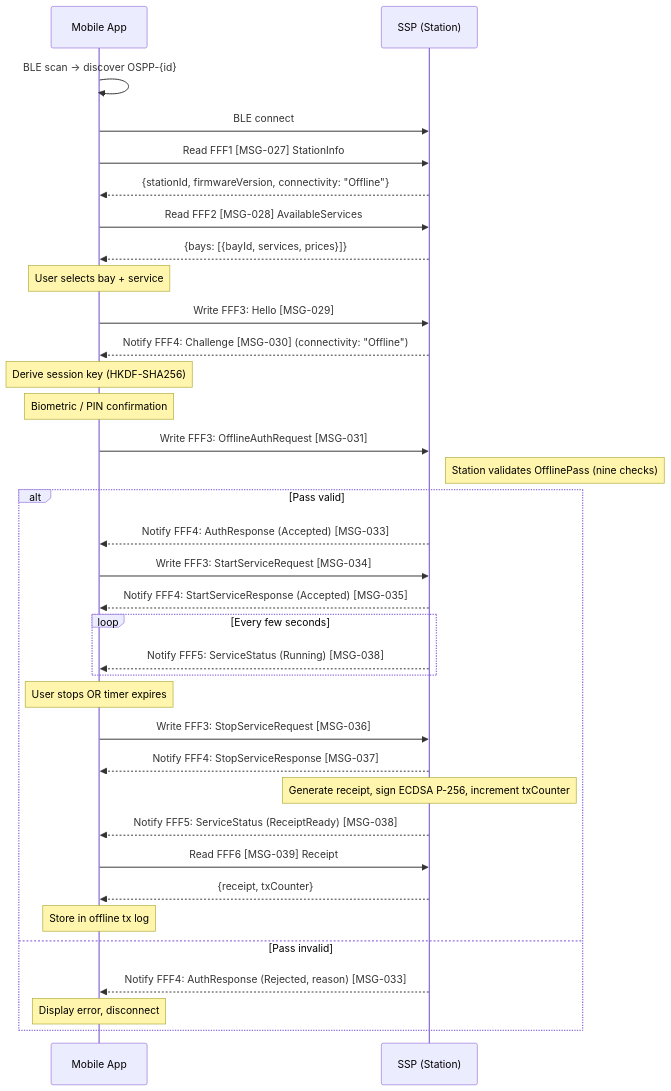
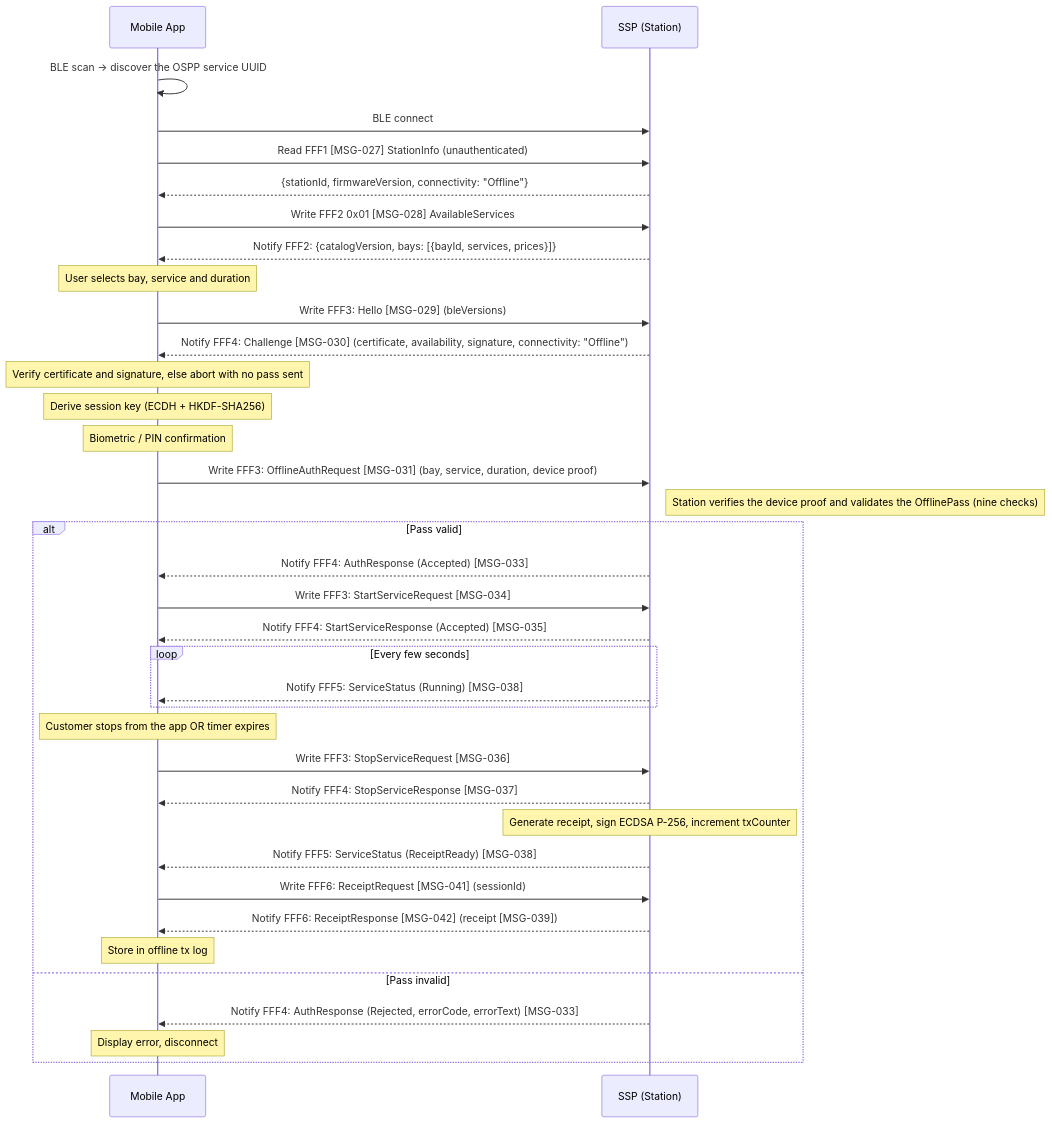
One commit to ospp-org/spec changed the fifth of 19 diagrams in spec/04-flows.md. Above: the diagram before and after it, drawn with Mermaid. The commit also changed other lines of this file and 183 other files, not shown here.

````diff
--- a/spec/04-flows.md
+++ b/spec/04-flows.md
@@ -737,50 +725,51 @@
 ```mermaid
 sequenceDiagram
     participant App as Mobile App
     participant SSP as SSP (Station)
 
-    App->>App: BLE scan → discover OSPP-{id}
+    App->>App: BLE scan → discover the OSPP service UUID
     App->>SSP: BLE connect
 
-    App->>SSP: Read FFF1 [MSG-027] StationInfo
+    App->>SSP: Read FFF1 [MSG-027] StationInfo (unauthenticated)
     SSP-->>App: {stationId, firmwareVersion, connectivity: "Offline"}
-    App->>SSP: Read FFF2 [MSG-028] AvailableServices
-    SSP-->>App: {bays: [{bayId, services, prices}]}
+    App->>SSP: Write FFF2 0x01 [MSG-028] AvailableServices
+    SSP-->>App: Notify FFF2: {catalogVersion, bays: [{bayId, services, prices}]}
 
-    Note over App: User selects bay + service
+    Note over App: User selects bay, service and duration
 
-    App->>SSP: Write FFF3: Hello [MSG-029]
-    SSP-->>App: Notify FFF4: Challenge [MSG-030] (connectivity: "Offline")
+    App->>SSP: Write FFF3: Hello [MSG-029] (bleVersions)
+    SSP-->>App: Notify FFF4: Challenge [MSG-030] (certificate, availability, signature, connectivity: "Offline")
 
-    Note over App: Derive session key (HKDF-SHA256)
+    Note over App: Verify certificate and signature, else abort with no pass sent
+    Note over App: Derive session key (ECDH + HKDF-SHA256)
     Note over App: Biometric / PIN confirmation
 
-    App->>SSP: Write FFF3: OfflineAuthRequest [MSG-031]
-    Note right of SSP: Station validates OfflinePass (nine checks)
+    App->>SSP: Write FFF3: OfflineAuthRequest [MSG-031] (bay, service, duration, device proof)
+    Note right of SSP: Station verifies the device proof and validates the OfflinePass (nine checks)
 
     alt Pass valid
         SSP-->>App: Notify FFF4: AuthResponse (Accepted) [MSG-033]
 
         App->>SSP: Write FFF3: StartServiceRequest [MSG-034]
         SSP-->>App: Notify FFF4: StartServiceResponse (Accepted) [MSG-035]
 
         loop Every few seconds
             SSP-->>App: Notify FFF5: ServiceStatus (Running) [MSG-038]
         end
 
-        Note over App: User stops OR timer expires
+        Note over App: Customer stops from the app OR timer expires
         App->>SSP: Write FFF3: StopServiceRequest [MSG-036]
         SSP-->>App: Notify FFF4: StopServiceResponse [MSG-037]
 
         Note over SSP: Generate receipt, sign ECDSA P-256, increment txCounter
         SSP-->>App: Notify FFF5: ServiceStatus (ReceiptReady) [MSG-038]
 
-        App->>SSP: Read FFF6 [MSG-039] Receipt
-        SSP-->>App: {receipt, txCounter}
+        App->>SSP: Write FFF6: ReceiptRequest [MSG-041] (sessionId)
+        SSP-->>App: Notify FFF6: ReceiptResponse [MSG-042] (receipt [MSG-039])
         Note over App: Store in offline tx log
 
     else Pass invalid
-        SSP-->>App: Notify FFF4: AuthResponse (Rejected, reason) [MSG-033]
+        SSP-->>App: Notify FFF4: AuthResponse (Rejected, errorCode, errorText) [MSG-033]
         Note over App: Display error, disconnect
     end
 ```
````
